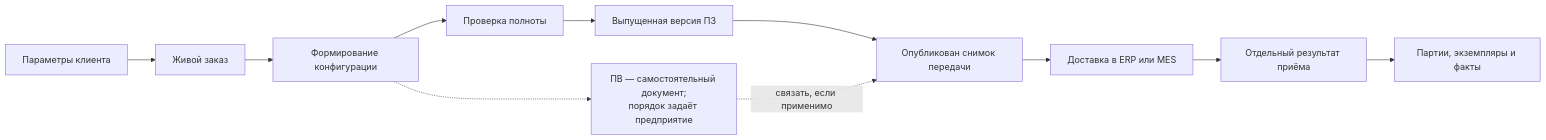
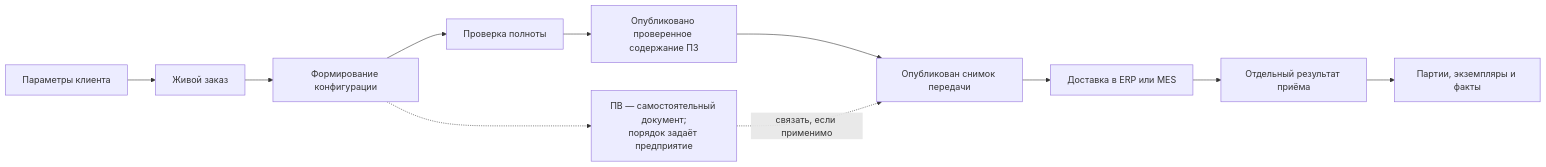
The diagram in wiki/Orders-and-production.md (ZelAnton/Interlink-product-book), drawn with Mermaid before and after one commit. The commit also changed other lines of this file and 231 other files, not shown here.

````diff
--- a/wiki/Orders-and-production.md
+++ b/wiki/Orders-and-production.md
@@ -23,13 +25,13 @@
 ```mermaid
 flowchart LR
     A["Параметры клиента"] --> B["Живой заказ"]
     B --> C["Формирование конфигурации"]
     C --> D["Проверка полноты"]
-    D --> E["Выпущенная версия ПЗ"]
+    D --> E["Опубликовано проверенное содержание ПЗ"]
     E --> F["Опубликован снимок передачи"]
     F --> G["Доставка в ERP или MES"]
     G --> H["Отдельный результат приёма"]
     C -.-> P["ПВ — самостоятельный документ;<br/>порядок задаёт предприятие"]
     P -.->|"связать, если применимо"| F
     H --> I["Партии, экземпляры и факты"]
 ```
````
